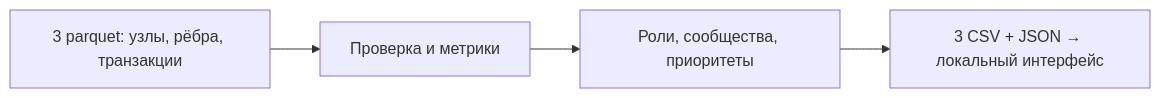
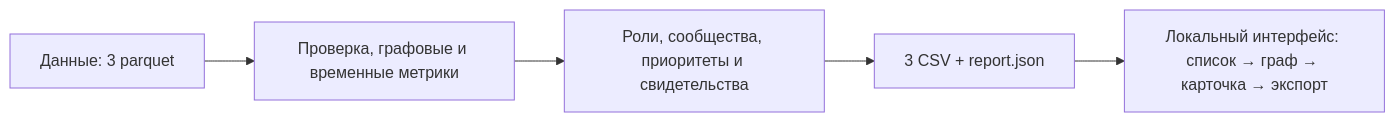
Before and after one commit to BAITC-Hacks/hack-e66e0807-genz: the diagram in README.md, drawn with Mermaid. The commit also changed other lines of this file and 1 other file, not shown here.

````diff
--- a/README.md
+++ b/README.md
@@ -30,6 +40,7 @@
 ```mermaid
 flowchart LR
-  A[3 parquet: узлы, рёбра, транзакции] --> B[Проверка и метрики]
-  B --> C[Роли, сообщества, приоритеты]
-  C --> D[3 CSV + JSON → локальный интерфейс]
+  D["Данные: 3 parquet"] --> M["Проверка, графовые и временные метрики"]
+  M --> R["Роли, сообщества, приоритеты и свидетельства"]
+  R --> O["3 CSV + report.json"]
+  O --> U["Локальный интерфейс: список → граф → карточка → экспорт"]
 ```
````
